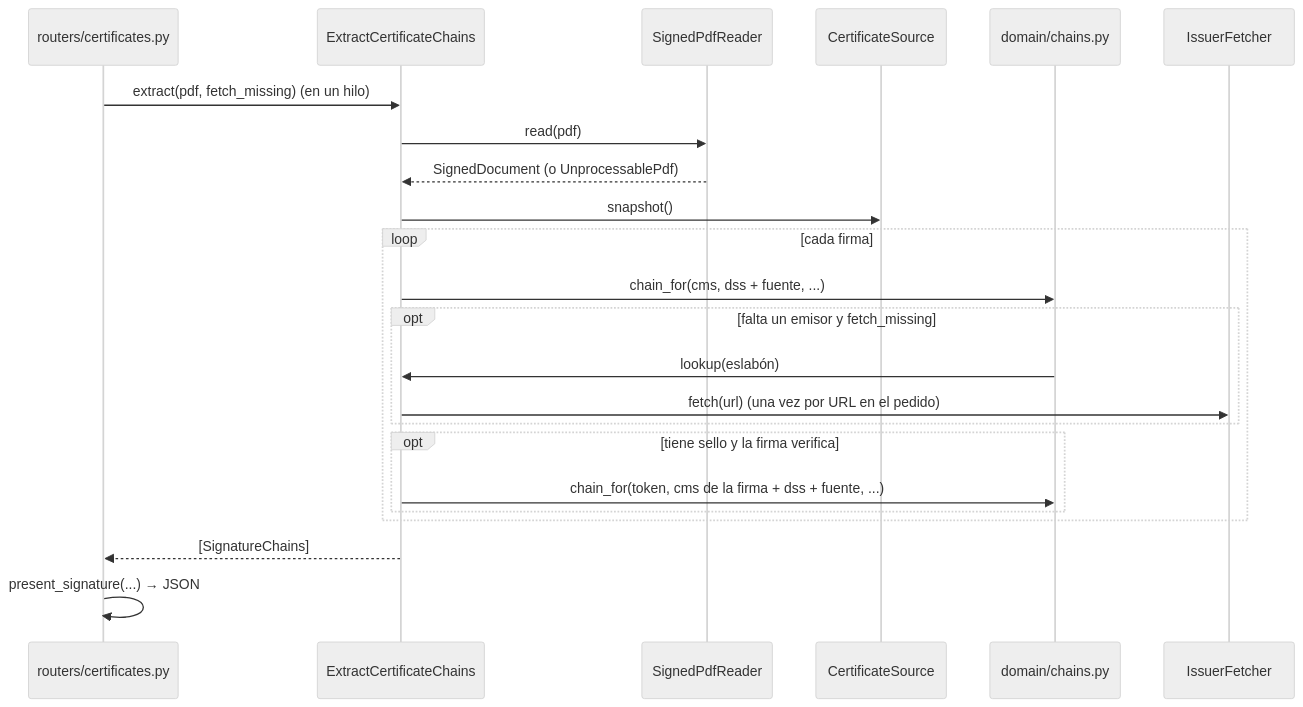
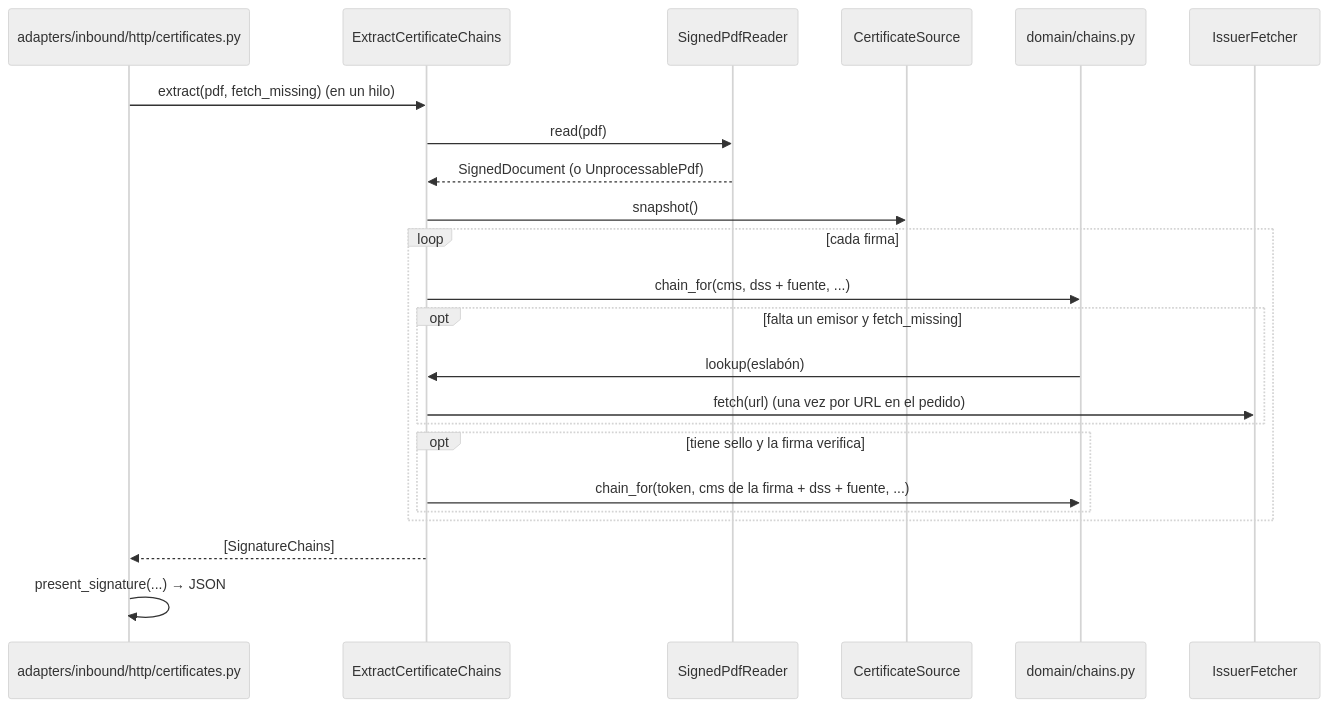
Before and after one commit to EzeSosa/pades-lt-poc: the third of 5 diagrams in docs/arquitectura/casos-de-uso.md, drawn with Mermaid (neutral theme). The commit also changed other lines of this file and 19 other files, not shown here.

````diff
--- a/docs/arquitectura/casos-de-uso.md
+++ b/docs/arquitectura/casos-de-uso.md
@@ -111,25 +109,25 @@
 ```mermaid
 sequenceDiagram
-    participant R as routers/certificates.py
+    participant R as adapters/inbound/http/certificates.py
     participant U as ExtractCertificateChains
     participant P as SignedPdfReader
     participant S as CertificateSource
     participant D as domain/chains.py
     participant F as IssuerFetcher
     R->>U: extract(pdf, fetch_missing)  (en un hilo)
     U->>P: read(pdf)
     P-->>U: SignedDocument  (o UnprocessablePdf)
     U->>S: snapshot()
     loop cada firma
         U->>D: chain_for(cms, dss + fuente, ...)
         opt falta un emisor y fetch_missing
             D->>U: lookup(eslabón)
             U->>F: fetch(url)  (una vez por URL en el pedido)
         end
         opt tiene sello y la firma verifica
             U->>D: chain_for(token, cms de la firma + dss + fuente, ...)
         end
     end
     U-->>R: [SignatureChains]
     R->>R: present_signature(...)  → JSON
 ```
````
